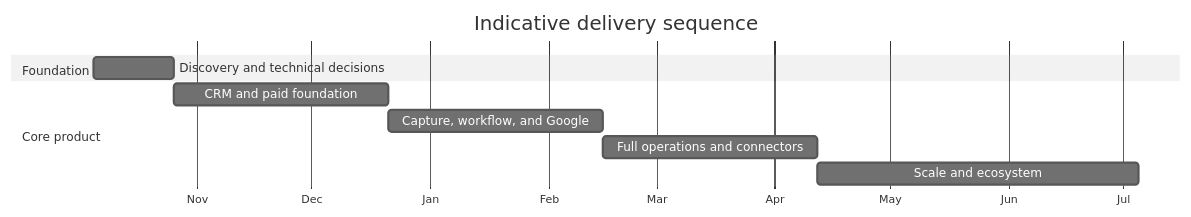
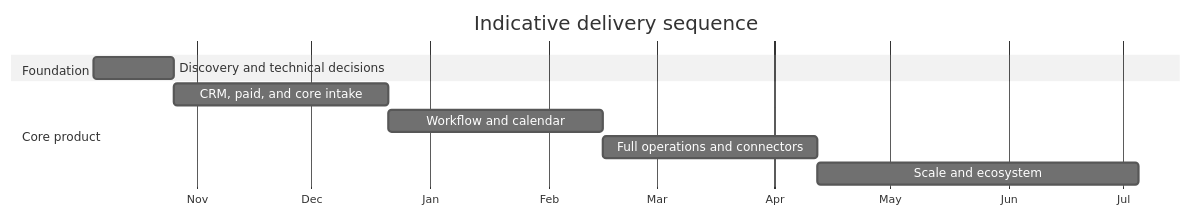
One commit to hack4lk/salesmora.ai changed the second of 2 diagrams in docs/salesmora-product-roadmap.md. Above: the diagram before and after it, drawn with Mermaid (neutral theme). The commit also changed other lines of this file and 46 other files, not shown here.

````diff
--- a/docs/salesmora-product-roadmap.md
+++ b/docs/salesmora-product-roadmap.md
@@ -106,13 +113,13 @@
 ```mermaid
 gantt
     title Indicative delivery sequence
     dateFormat  YYYY-MM-DD
     axisFormat  %b
     section Foundation
     Discovery and technical decisions :p0, 2026-10-05, 3w
     section Core product
-    CRM and paid foundation          :p1, after p0, 8w
-    Capture, workflow, and Google    :p2, after p1, 8w
+    CRM, paid, and core intake       :p1, after p0, 8w
+    Workflow and calendar            :p2, after p1, 8w
     Full operations and connectors   :p3, after p2, 8w
     Scale and ecosystem              :p4, after p3, 12w
 ```
````
